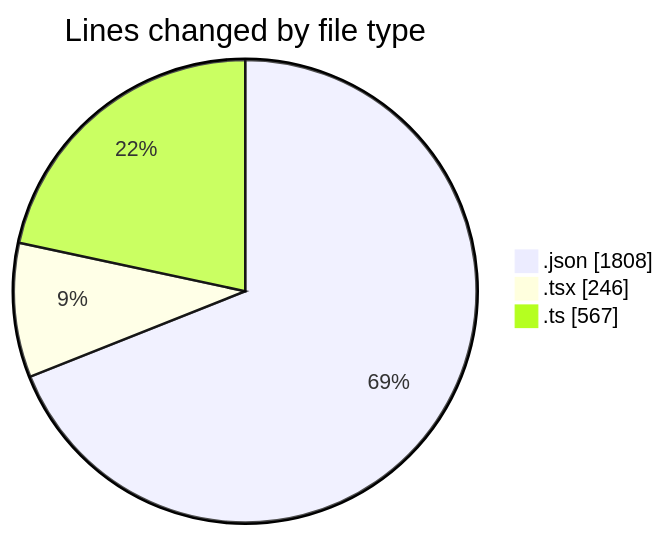
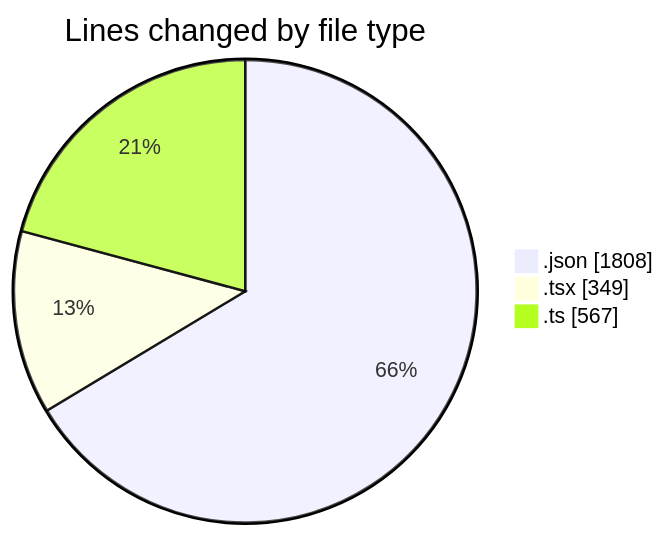
Before and after one commit to julien-gomy/code-tracking: the first of 2 diagrams in 2025-11-19/eventscop-frontend-guide__workspace_/README.md, drawn with Mermaid. The commit also changed other lines of this file and 1 other file, not shown here.

````diff
--- a/2025-11-19/eventscop-frontend-guide__workspace_/README.md
+++ b/2025-11-19/eventscop-frontend-guide__workspace_/README.md
@@ -34,7 +37,7 @@
 ```mermaid
 pie showData
 title Lines changed by file type
 ".json" : 1808
-".tsx" : 246
+".tsx" : 349
 ".ts" : 567
 ```
````
